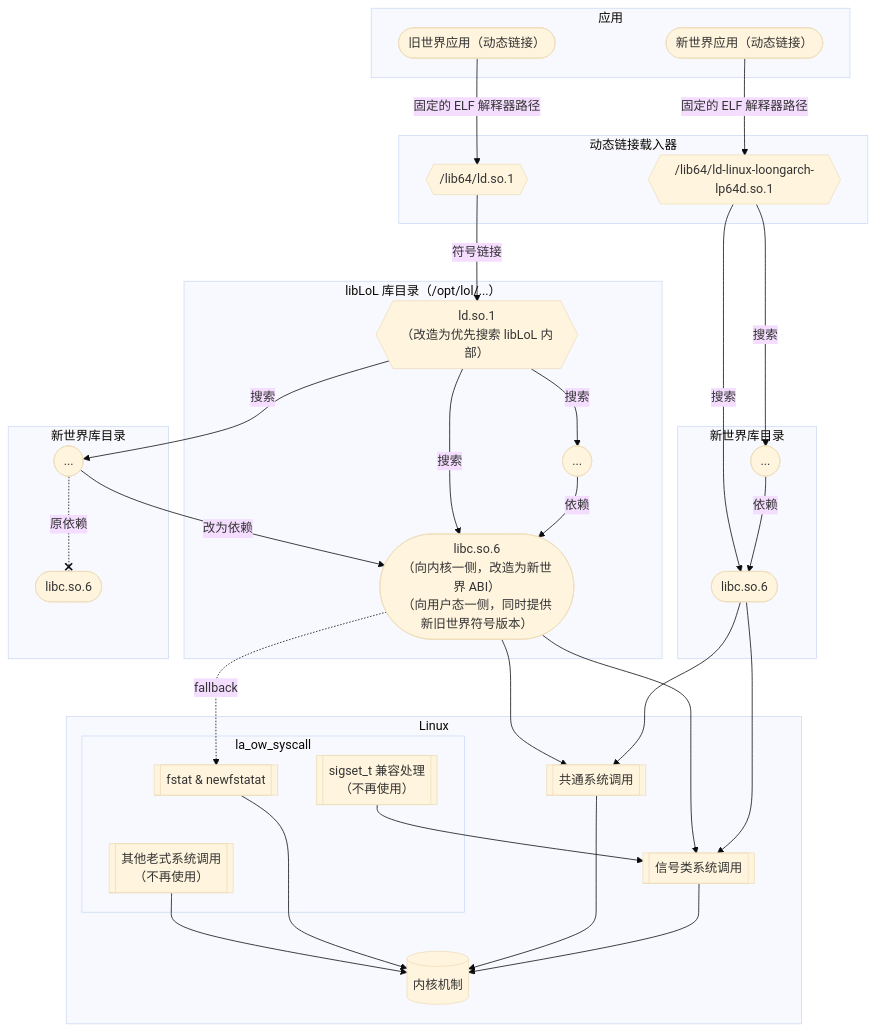
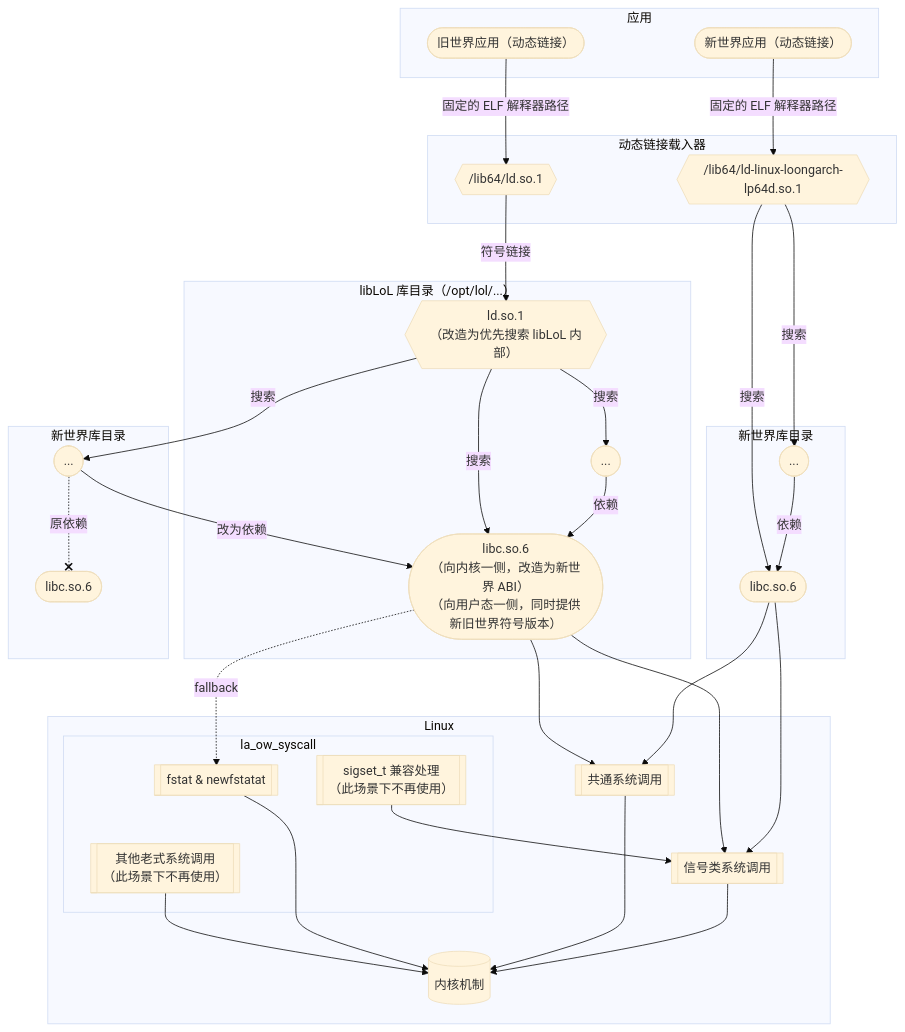
One commit to loongson-community/areweloongyet changed the second of 2 diagrams in docs/world-compat-details/liblol.md. Above: the diagram before and after it, drawn with Mermaid (base theme). The commit also changed other lines of this file, not shown here.

````diff
--- a/docs/world-compat-details/liblol.md
+++ b/docs/world-compat-details/liblol.md
@@ -88,66 +71,66 @@
 ```mermaid
 flowchart TB
     subgraph apps [应用]
         DynNWApp([新世界应用（动态链接）])
         DynOWApp([旧世界应用（动态链接）])
     end
 
     subgraph ldso [动态链接载入器]
         NWLdso{{"/lib64/ld-linux-loongarch-lp64d.so.1"}}
         LolLdso{{"/lib64/ld.so.1"}}
     end
 
     DynNWApp -->|固定的 ELF 解释器路径| NWLdso
     DynOWApp -->|固定的 ELF 解释器路径| LolLdso
 
     subgraph nw ["新世界库目录"]
         NWLibc([libc.so.6])
         NWOtherLibs([...]) -->|依赖| NWLibc
 
         NWLdso -->|搜索| NWLibc
         NWLdso -->|搜索| NWOtherLibs
     end
 
     subgraph ow ["libLoL 库目录（/opt/lol/...）"]
         LolLibc([libc.so.6<br />（向内核一侧，改造为新世界 ABI）<br />（向用户态一侧，同时提供新旧世界符号版本）])
         LolOtherLibs([...]) -->|依赖| LolLibc
 
         LolLdsoReal{{ld.so.1<br />（改造为优先搜索 libLoL 内部）}}
         LolLdsoReal -->|搜索| LolLibc
         LolLdsoReal -->|搜索| LolOtherLibs
     end
 
     LolLdsoReal -->|搜索| NWOWOtherLibs
     NWOWOtherLibs -->|改为依赖| LolLibc
 
     subgraph nwow ["新世界库目录"]
         NWOWLibc([libc.so.6])
         NWOWOtherLibs([...])
         NWOWOtherLibs -.-x|原依赖| NWOWLibc
     end
 
     LolLdso -->|符号链接| LolLdsoReal
 
     subgraph Linux
         Executive[(内核机制)]
         SyscallSignals[[信号类系统调用]] --> Executive
         SyscallCommon[[共通系统调用]] --> Executive
         subgraph la_ow_syscall
             LolFstat[[fstat & newfstatat]]
-            SyscallOwOther[["其他老式系统调用<br />（不再使用）"]]
-            SignalWrappers[["sigset_t 兼容处理<br />（不再使用）"]]
+            SyscallOwOther[["其他老式系统调用<br />（此场景下不再使用）"]]
+            SignalWrappers[["sigset_t 兼容处理<br />（此场景下不再使用）"]]
         end
         SignalWrappers --> SyscallSignals
         LolFstat --> Executive
         SyscallOwOther --> Executive
 
         LolFstat ~~~ SyscallOwOther
     end
 
     NWLibc --> SyscallSignals
     NWLibc --> SyscallCommon
 
     LolLibc --> SyscallSignals
     LolLibc --> SyscallCommon
     LolLibc -.->|fallback| LolFstat
 ```
````
